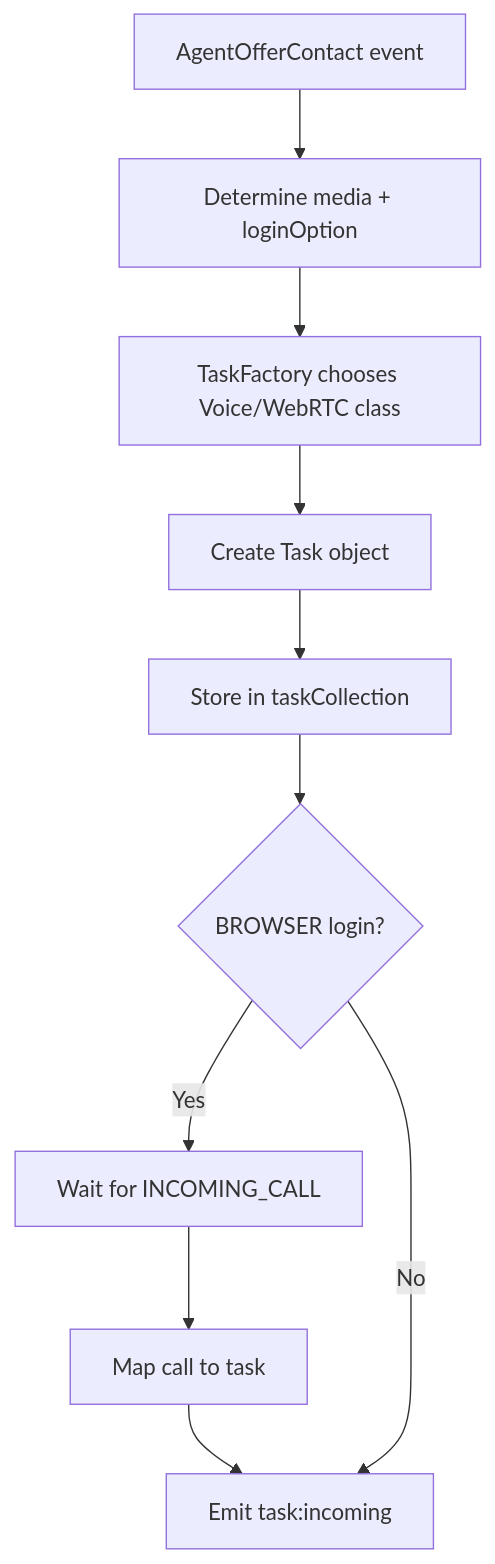
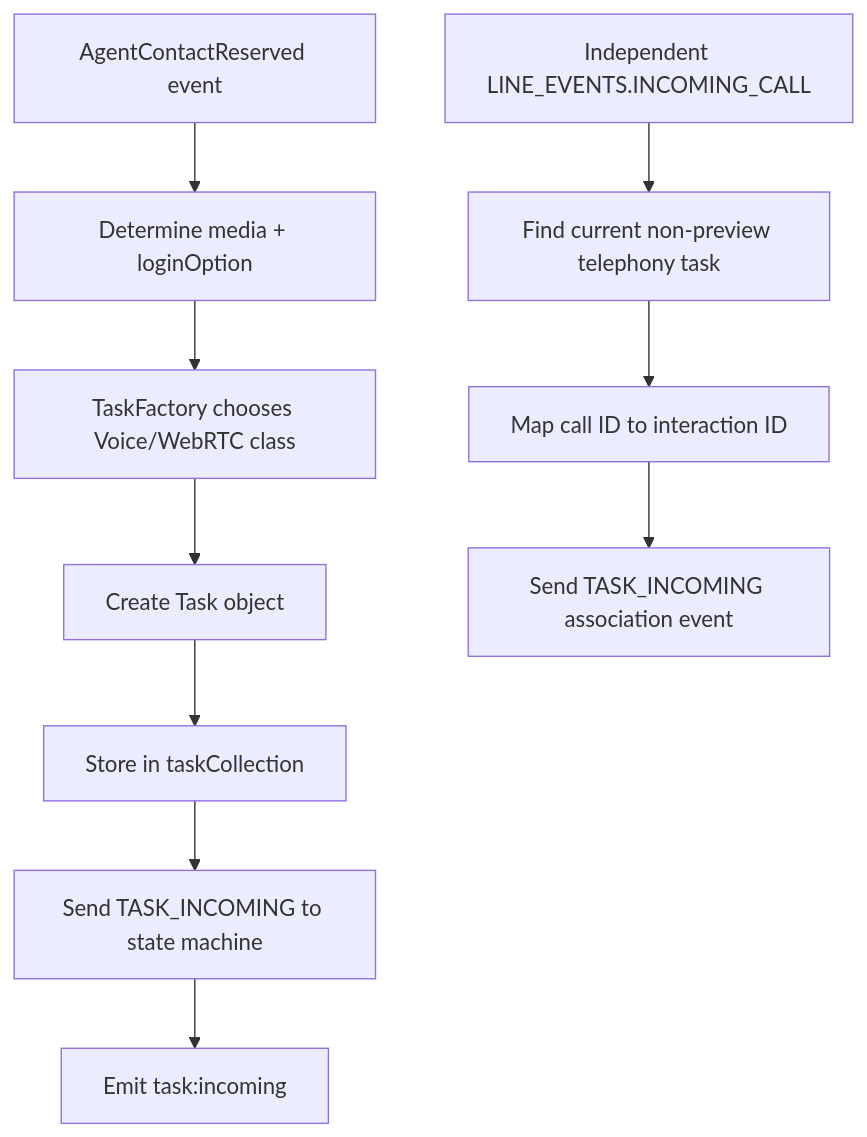
Before and after one commit to webex/webex-js-sdk: the first of 9 diagrams in packages/@webex/contact-center/src/services/task/ai-docs/task-spec.md, drawn with Mermaid. The commit also changed other lines of this file and 10 other files, not shown here.

````diff
--- a/packages/@webex/contact-center/src/services/task/ai-docs/task-spec.md
+++ b/packages/@webex/contact-center/src/services/task/ai-docs/task-spec.md
@@ -678,12 +585,12 @@
 ```mermaid
 flowchart TD
-    A[AgentOfferContact event] --> B[Determine media + loginOption]
+    A[AgentContactReserved event] --> B[Determine media + loginOption]
     B --> C[TaskFactory chooses Voice/WebRTC class]
     C --> D[Create Task object]
     D --> E[Store in taskCollection]
-    E --> F{BROWSER login?}
-    F -->|Yes| G[Wait for INCOMING_CALL]
-    G --> H[Map call to task]
-    H --> I[Emit task:incoming]
-    F -->|No| I
+    E --> F[Send TASK_INCOMING to state machine]
+    F --> G[Emit task:incoming]
+    H[Independent LINE_EVENTS.INCOMING_CALL] --> I[Find current non-preview telephony task]
+    I --> J[Map call ID to interaction ID]
+    J --> K[Send TASK_INCOMING association event]
 ```
````
